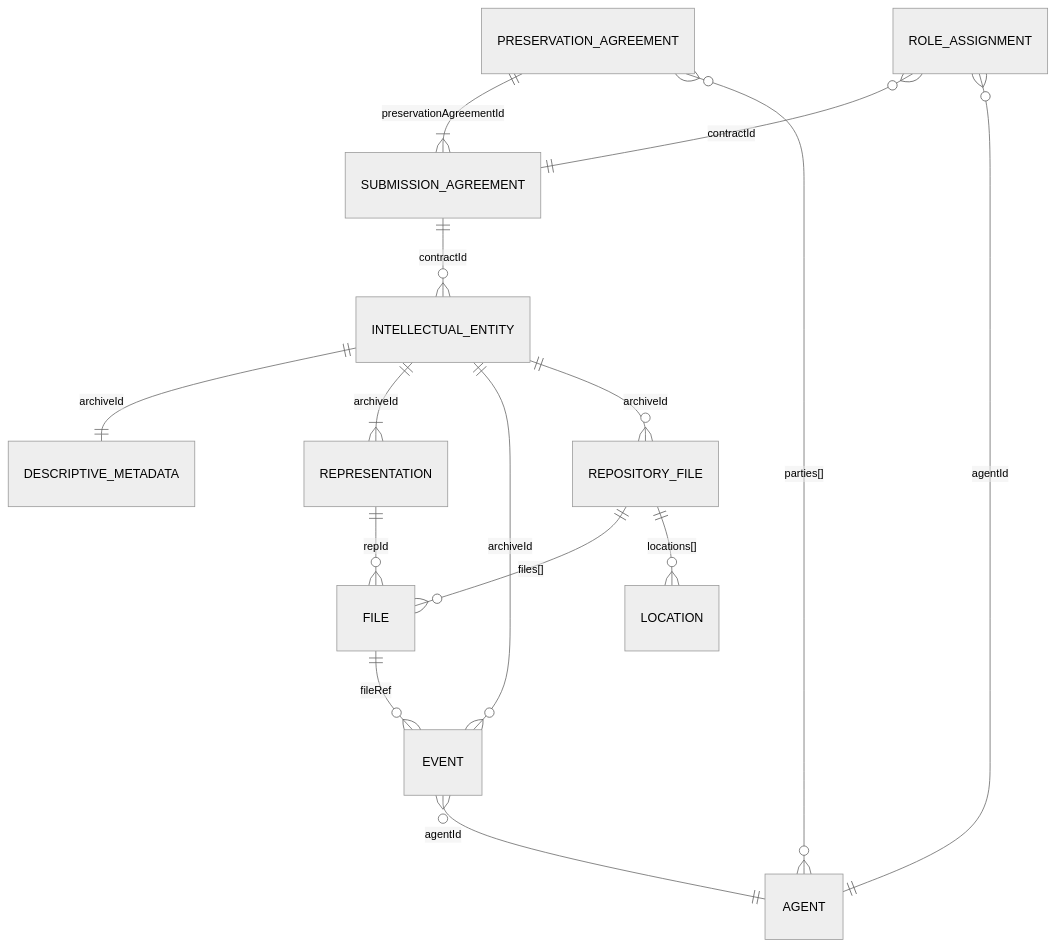
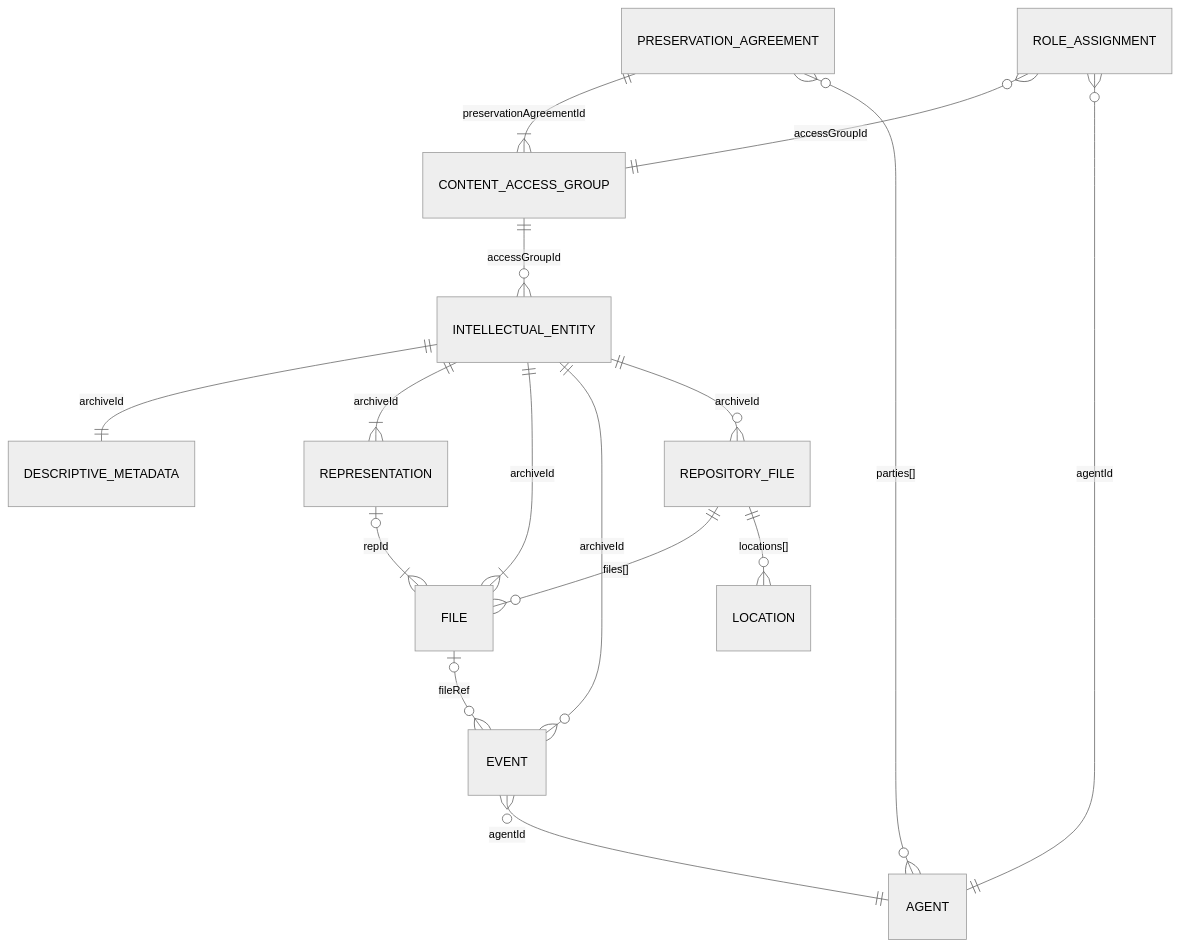
One commit to NationalLibraryOfNorway/digitalpreservation-blog.nb.no changed the first of 2 diagrams in content/docs/dps/data-model/_index.md. Above: the diagram before and after it, drawn with Mermaid (neutral theme). The commit also changed other lines of this file, not shown here.

Commit message:
revise data model draft: CAG rename, polymorphic rightsBasis, fix ER cardinality and file/repId optionality

````diff
--- a/content/docs/dps/data-model/_index.md
+++ b/content/docs/dps/data-model/_index.md
@@ -18,17 +18,18 @@
 ```mermaid
 erDiagram
-    PRESERVATION_AGREEMENT ||--|{ SUBMISSION_AGREEMENT : "preservationAgreementId"
+    PRESERVATION_AGREEMENT ||--|{ CONTENT_ACCESS_GROUP : "preservationAgreementId"
     PRESERVATION_AGREEMENT }o--o{ AGENT : "parties[]"
-    SUBMISSION_AGREEMENT ||--o{ INTELLECTUAL_ENTITY : "contractId"
-    ROLE_ASSIGNMENT }o--|| SUBMISSION_AGREEMENT : "contractId"
+    CONTENT_ACCESS_GROUP ||--o{ INTELLECTUAL_ENTITY : "accessGroupId"
+    ROLE_ASSIGNMENT }o--|| CONTENT_ACCESS_GROUP : "accessGroupId"
     ROLE_ASSIGNMENT }o--|| AGENT : "agentId"
     INTELLECTUAL_ENTITY ||--|| DESCRIPTIVE_METADATA : "archiveId"
     INTELLECTUAL_ENTITY ||--|{ REPRESENTATION : "archiveId"
-    REPRESENTATION ||--o{ FILE : "repId"
+    REPRESENTATION |o--}| FILE : "repId"
+    INTELLECTUAL_ENTITY ||--}| FILE : "archiveId"
     INTELLECTUAL_ENTITY ||--o{ EVENT : "archiveId"
-    FILE ||--o{ EVENT : "fileRef"
+    FILE |o--o{ EVENT : "fileRef"
     EVENT }o--|| AGENT : "agentId"
     INTELLECTUAL_ENTITY ||--o{ REPOSITORY_FILE : "archiveId"
     REPOSITORY_FILE ||--o{ FILE : "files[]"
     REPOSITORY_FILE ||--o{ LOCATION : "locations[]"
 ```
````
